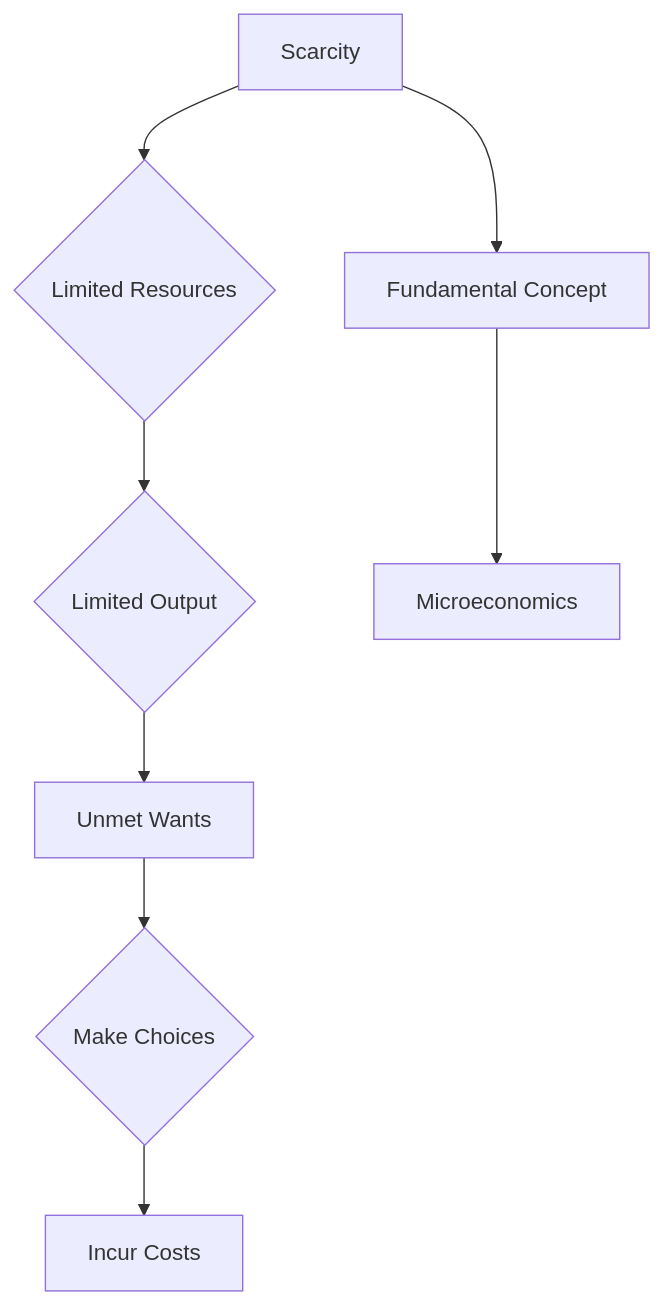
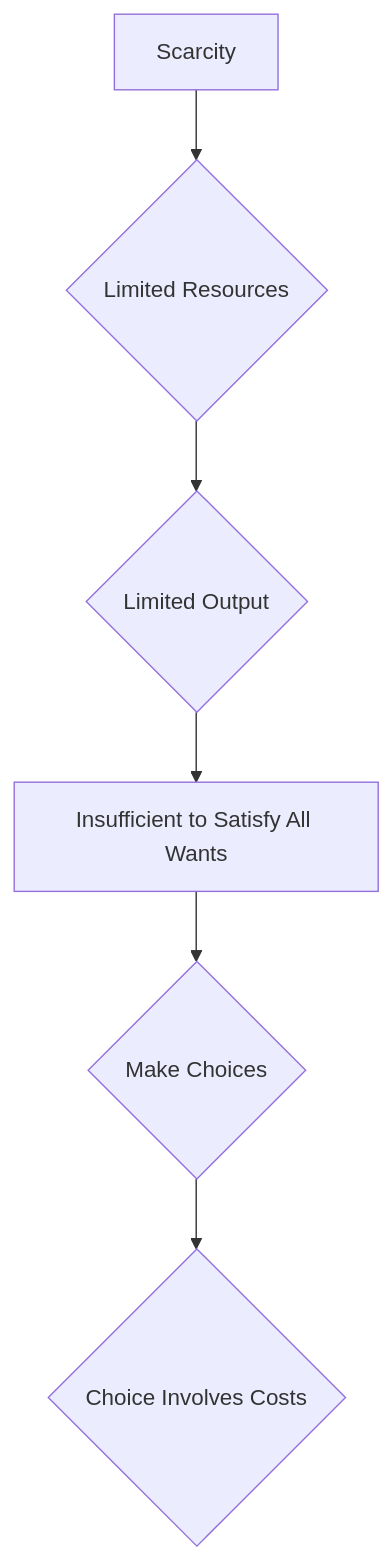
The diagram in Obsidian_Vault/2-Academic/Winter 2026/Economics/1_Basics_Of_Economics/Scarcity.md (DagimAlemayehuu/Ater), drawn with Mermaid before and after one commit. The commit also changed other lines of this file and 71 other files, not shown here.

````diff
--- a/Obsidian_Vault/2-Academic/Winter 2026/Economics/1_Basics_Of_Economics/Scarcity.md
+++ b/Obsidian_Vault/2-Academic/Winter 2026/Economics/1_Basics_Of_Economics/Scarcity.md
@@ -49,12 +49,10 @@
 ```mermaid
 
 graph TD
     A[Scarcity] --> B{Limited Resources}
     B --> C{Limited Output}
-    C --> D[Unmet Wants]
+    C --> D[Insufficient to Satisfy All Wants]
     D --> E{Make Choices}
-    E --> F[Incur Costs]
-    A --> G[Fundamental Concept]
-    G --> H[Microeconomics]
+    E --> F{Choice Involves Costs}
 
 ```
````
